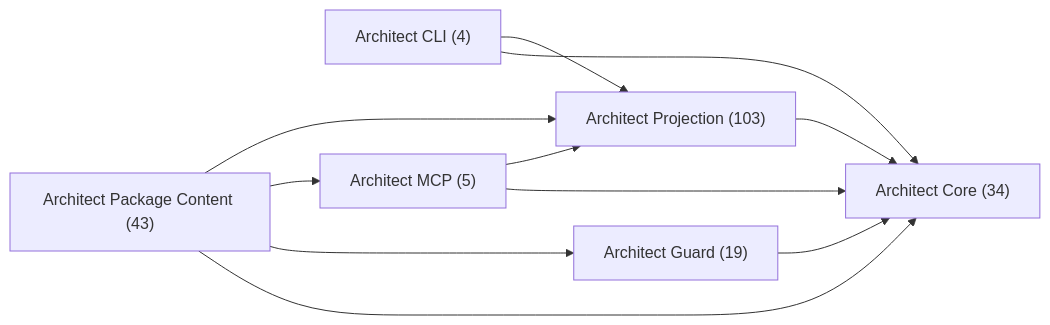
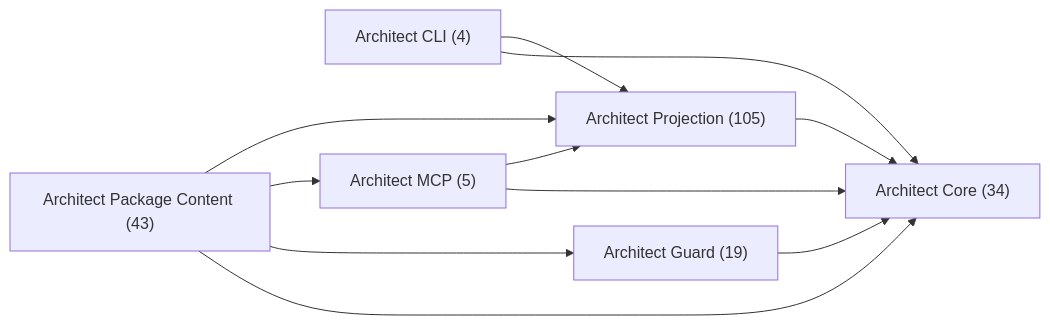
The first of 7 diagrams in docs-live/design-review/by-package.md (libar-dev/architect), drawn with Mermaid before and after one commit. The commit also changed other lines of this file and 16 other files, not shown here.

````diff
--- a/docs-live/design-review/by-package.md
+++ b/docs-live/design-review/by-package.md
@@ -18,19 +18,19 @@
 ```mermaid
 graph LR
   pkg_architect_cli["Architect CLI (4)"]
   pkg_architect_core["Architect Core (34)"]
   pkg_architect_guard["Architect Guard (19)"]
   pkg_architect_mcp["Architect MCP (5)"]
   pkg_architect_package_content["Architect Package Content (43)"]
-  pkg_architect_projection["Architect Projection (103)"]
+  pkg_architect_projection["Architect Projection (105)"]
   pkg_architect_cli --> pkg_architect_core
   pkg_architect_cli --> pkg_architect_projection
   pkg_architect_guard --> pkg_architect_core
   pkg_architect_mcp --> pkg_architect_core
   pkg_architect_mcp --> pkg_architect_projection
   pkg_architect_package_content --> pkg_architect_core
   pkg_architect_package_content --> pkg_architect_guard
   pkg_architect_package_content --> pkg_architect_mcp
   pkg_architect_package_content --> pkg_architect_projection
   pkg_architect_projection --> pkg_architect_core
 ```
````
